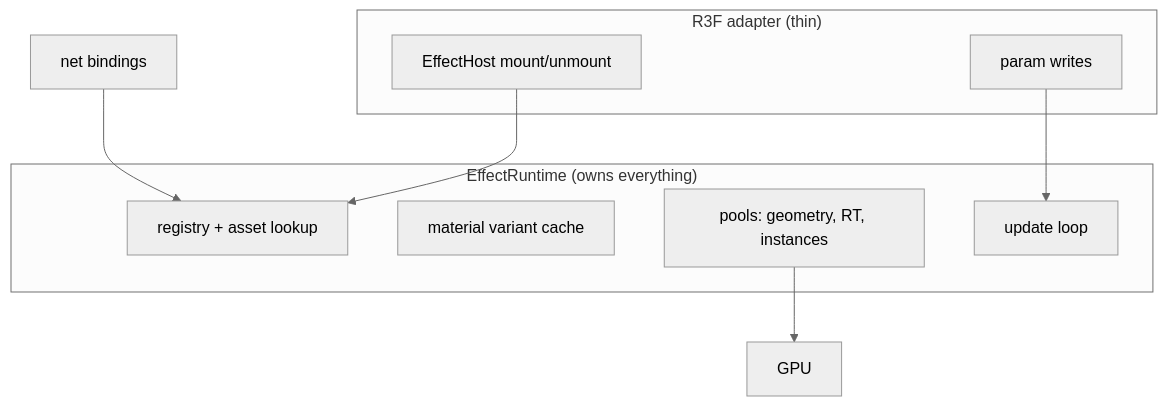
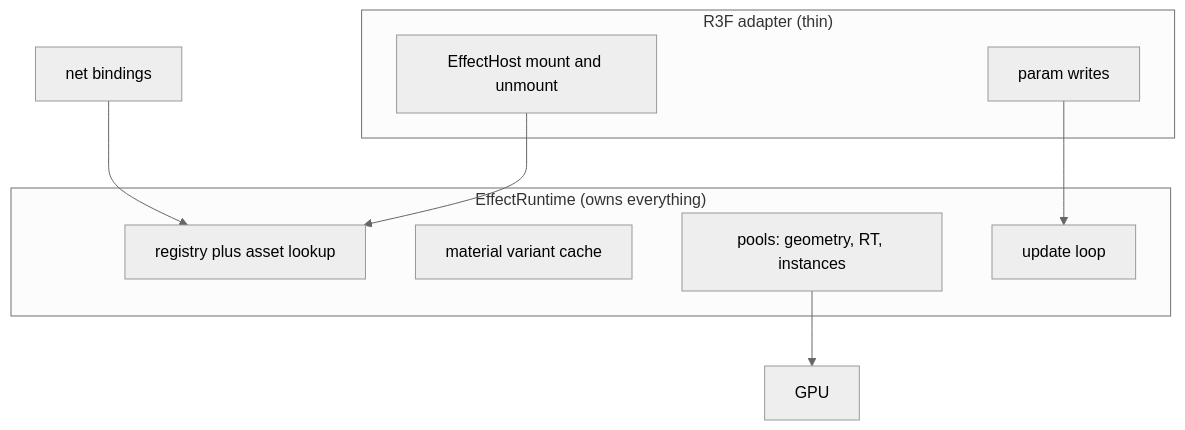
Before and after one commit to SirHertzAlot/NexusMMOEngine: the second of 3 diagrams in docs/VFX-SHADER-POSTFX-BLUEPRINT.md, drawn with Mermaid (neutral theme). The commit also changed other lines of this file, not shown here.

````diff
--- a/docs/VFX-SHADER-POSTFX-BLUEPRINT.md
+++ b/docs/VFX-SHADER-POSTFX-BLUEPRINT.md
@@ -230,17 +277,17 @@
 ```mermaid
 flowchart TD
     subgraph R3F["R3F adapter (thin)"]
-        A1["EffectHost mount/unmount"]
+        A1["EffectHost mount and unmount"]
         A2["param writes"]
     end
     subgraph RT["EffectRuntime (owns everything)"]
-        R1["registry + asset lookup"]
+        R1["registry plus asset lookup"]
         R2["material variant cache"]
         R3["pools: geometry, RT, instances"]
         R4["update loop"]
     end
     NET["net bindings"] --> R1
     A1 --> R1
     A2 --> R4
     R3 --> GPU["GPU"]
 ```
````
